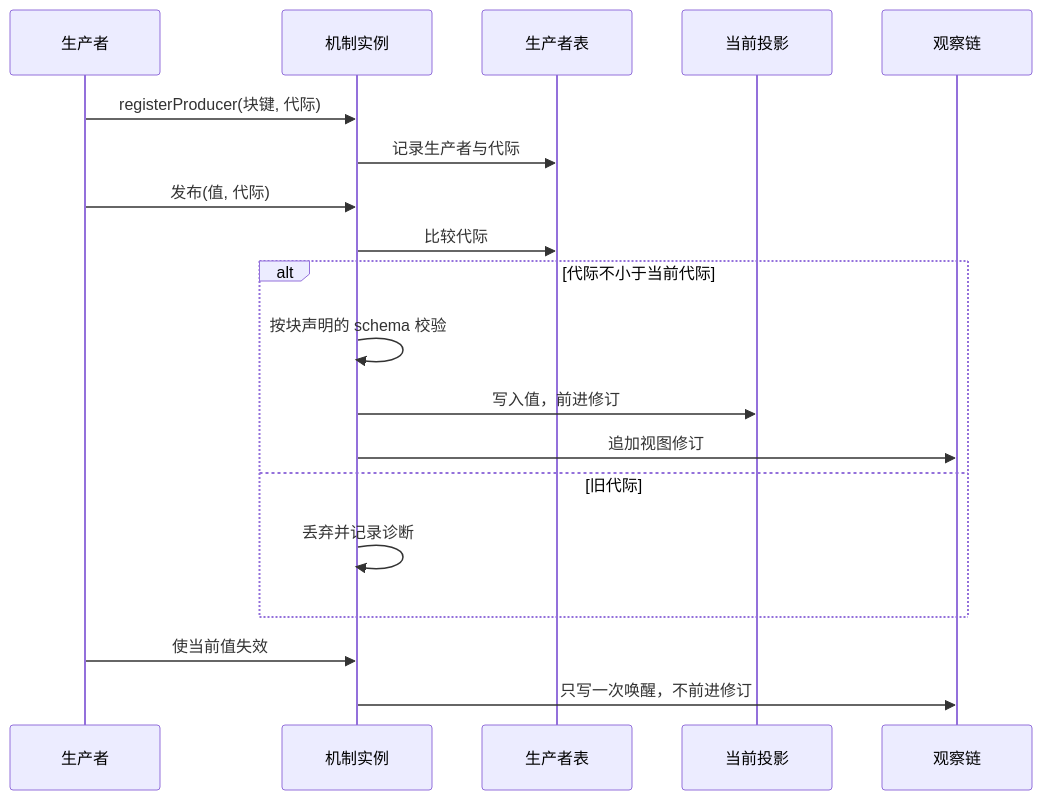
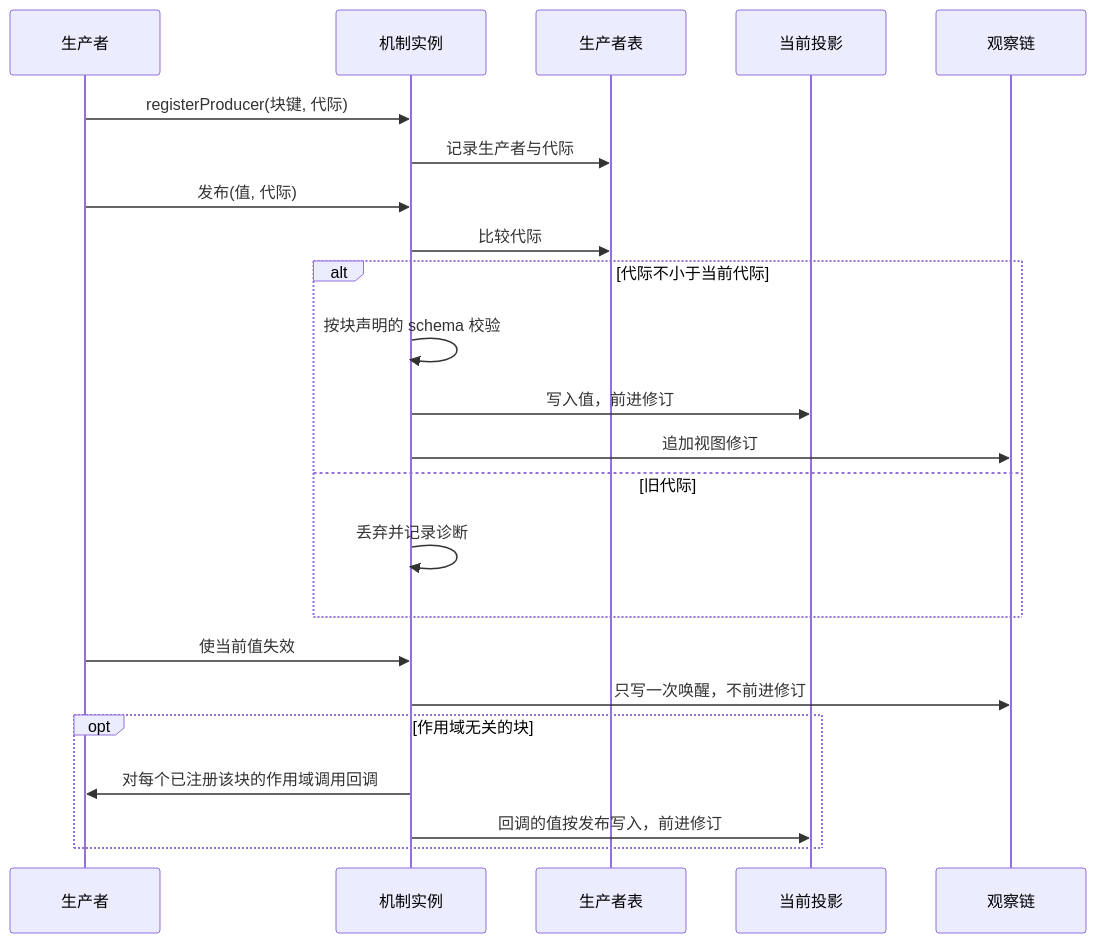
One commit to nemori-ai/omne-harness-lite changed the second of 5 diagrams in packages/context/runtime-context/docs/flows.md. Above: the diagram before and after it, drawn with Mermaid. The commit also changed other lines of this file and 43 other files, not shown here.

````diff
--- a/packages/context/runtime-context/docs/flows.md
+++ b/packages/context/runtime-context/docs/flows.md
@@ -45,21 +45,25 @@
 ```mermaid
 sequenceDiagram
   participant P as 生产者
   participant M as 机制实例
   participant PT as 生产者表
   participant Proj as 当前投影
   participant Obs as 观察链
   P->>M: registerProducer(块键, 代际)
   M->>PT: 记录生产者与代际
   P->>M: 发布(值, 代际)
   M->>PT: 比较代际
   alt 代际不小于当前代际
     M->>M: 按块声明的 schema 校验
     M->>Proj: 写入值，前进修订
     M->>Obs: 追加视图修订
   else 旧代际
     M->>M: 丢弃并记录诊断
   end
   P->>M: 使当前值失效
   M->>Obs: 只写一次唤醒，不前进修订
+  opt 作用域无关的块
+    M->>P: 对每个已注册该块的作用域调用回调
+    M->>Proj: 回调的值按发布写入，前进修订
+  end
 ```
````
